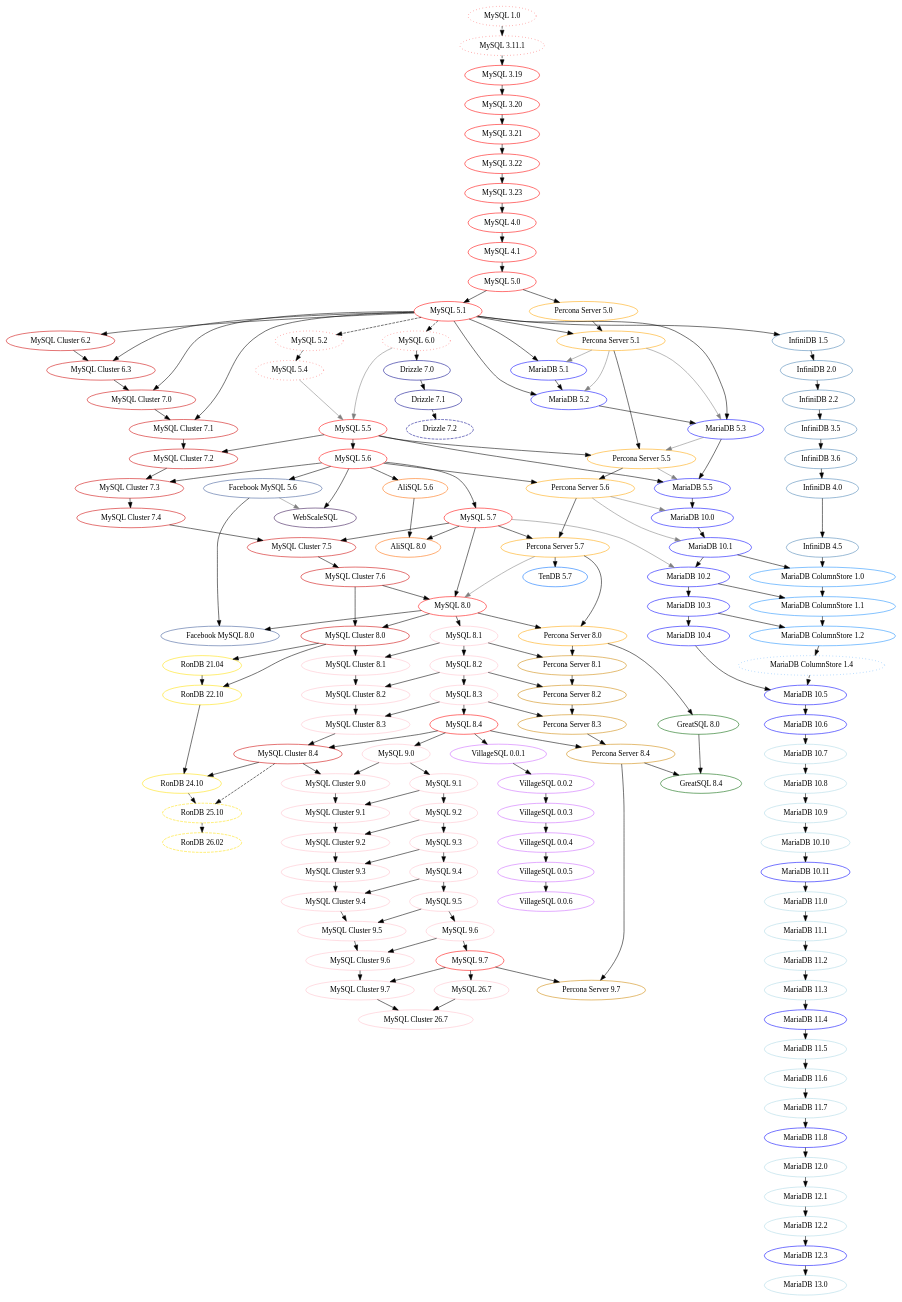
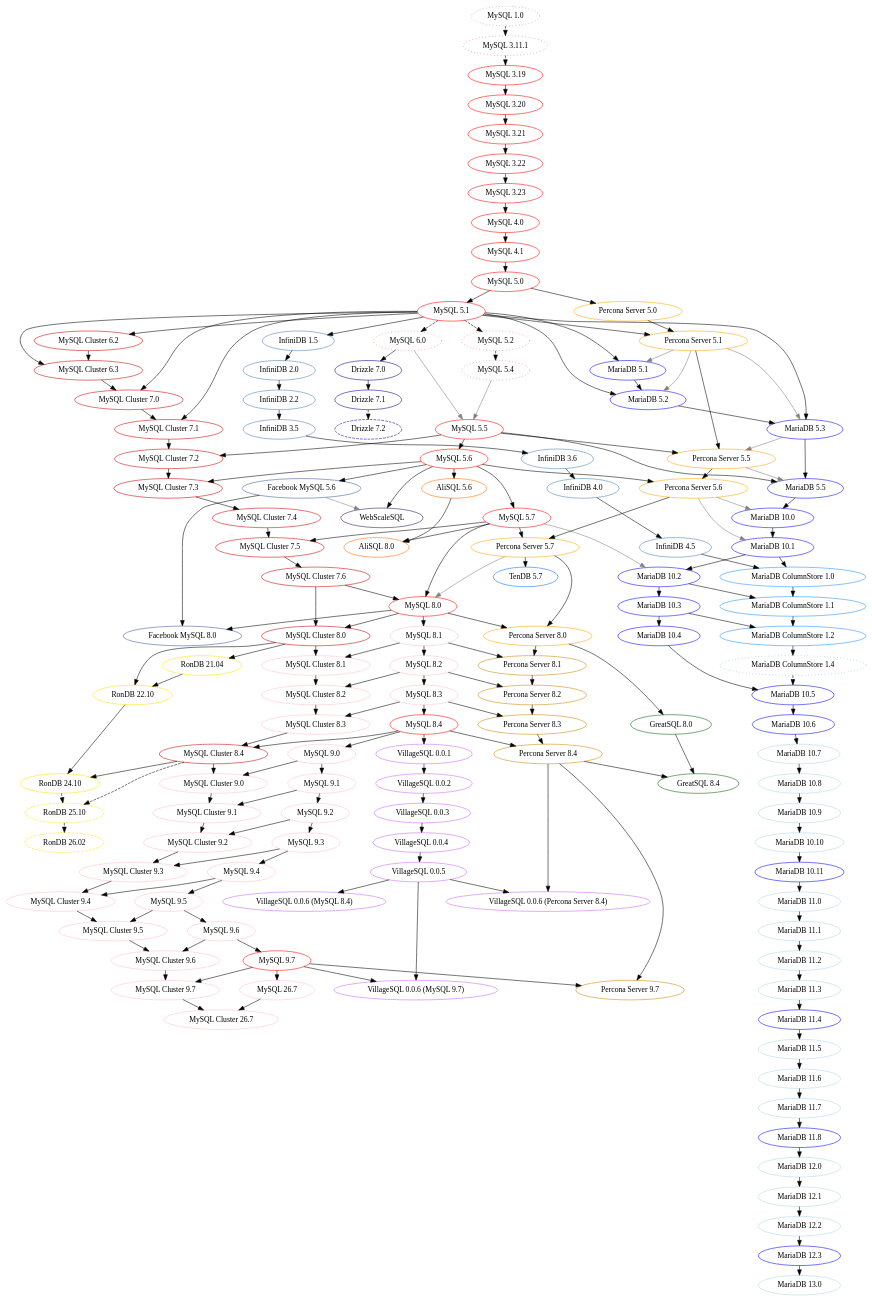
The diagram in mysql-history-graph.dot (dveeden/mysql-history-graph), drawn with Graphviz before and after one commit. The commit also changed 2 other files, not shown here.

Commit message:
VillageSQL: one node for each base version

```diff
--- a/mysql-history-graph.dot
+++ b/mysql-history-graph.dot
@@ -378,26 +378,28 @@
 	"TenDB 5.7" [color="#006eff"];
 	"Percona Server 5.7" -> "TenDB 5.7";
 
-	/* VillageSQL */
+	/* VillageSQL for MySQL 8.4 */
 	"VillageSQL 0.0.1" [color="#cc66ff"];
 	"VillageSQL 0.0.2" [color="#cc66ff"];
 	"VillageSQL 0.0.3" [color="#cc66ff"];
 	"VillageSQL 0.0.4" [color="#cc66ff"];
 	"VillageSQL 0.0.5" [color="#cc66ff"];
-	"VillageSQL 0.0.6" [color="#cc66ff"];
+	"VillageSQL 0.0.6 (MySQL 8.4)" [color="#cc66ff"];
 
-	/* https://github.com/villagesql/villagesql-server/releases/tag/release%2F0.0.6
-       "0.0.6 ships three server codebases:
-        mysql-8.4 tracking MySQL 8.4,
-        mysql-9.7 tracking MySQL 9.7, and
-        percona-8.4 tracking Percona Server 8.4."
-
-		Not sure it this should lead to new nodes and/or new connections.
-    */
 	"MySQL 8.4" -> "VillageSQL 0.0.1";
 	"VillageSQL 0.0.1" -> "VillageSQL 0.0.2";
 	"VillageSQL 0.0.2" -> "VillageSQL 0.0.3";
 	"VillageSQL 0.0.3" -> "VillageSQL 0.0.4";
 	"VillageSQL 0.0.4" -> "VillageSQL 0.0.5";
-	"VillageSQL 0.0.5" -> "VillageSQL 0.0.6";
+	"VillageSQL 0.0.5" -> "VillageSQL 0.0.6 (MySQL 8.4)";
+	"VillageSQL 0.0.5" -> "VillageSQL 0.0.6 (MySQL 9.7)";
+	"VillageSQL 0.0.5" -> "VillageSQL 0.0.6 (Percona Server 8.4)";
+
+	/* VillageSQL for MySQL 9.7 */
+	"VillageSQL 0.0.6 (MySQL 9.7)" [color="#cc66ff"];
+	"MySQL 9.7" -> "VillageSQL 0.0.6 (MySQL 9.7)";
+
+	/* VillageSQL for Percona Server 8.4 */
+	"VillageSQL 0.0.6 (Percona Server 8.4)" [color="#cc66ff"];
+	"Percona Server 8.4" -> "VillageSQL 0.0.6 (Percona Server 8.4)";
 }
```
